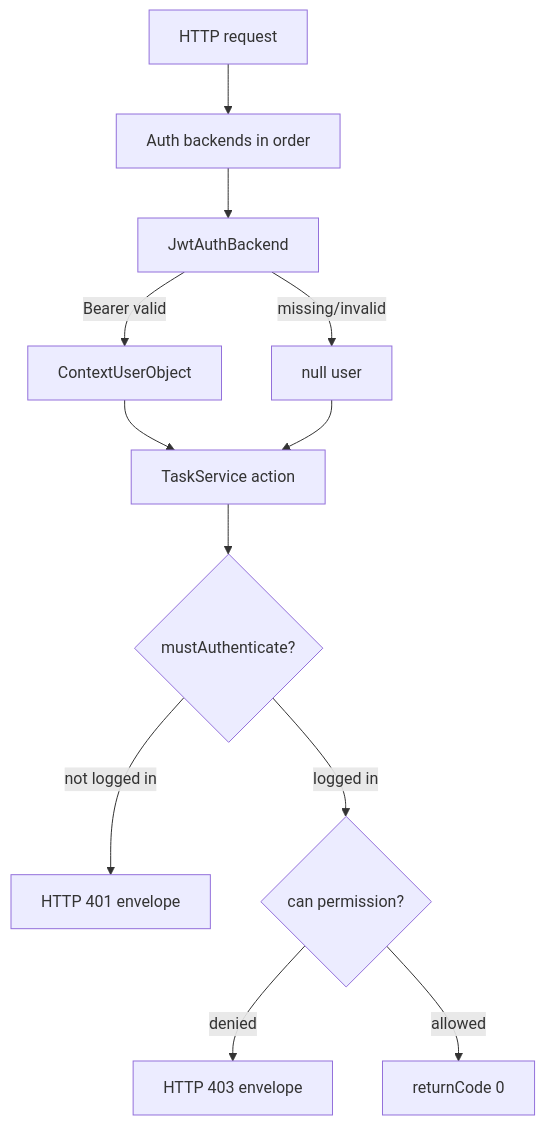
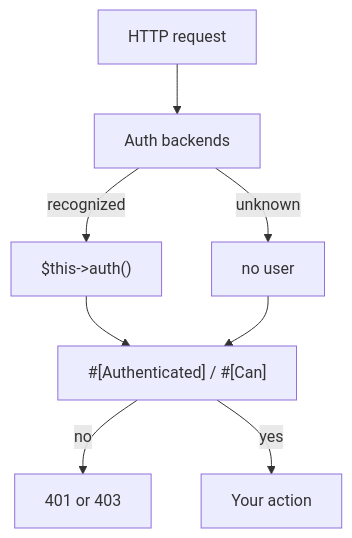
Before and after one commit to PioniaPHP-project/pionia-docs: the diagram in content/docs/documentation/security/800_security.md, drawn with Mermaid. The commit also changed other lines of this file and 268 other files, not shown here.

```diff
--- a/content/docs/documentation/security/800_security.md
+++ b/content/docs/documentation/security/800_security.md
@@ -41,14 +42,10 @@
 {{< mermaid >}}
 flowchart TD
-  Req[HTTP request] --> Backends["Auth backends in order"]
-  Backends --> JWT[JwtAuthBackend]
-  JWT -->|Bearer valid| Ctx[ContextUserObject]
-  JWT -->|missing/invalid| Null[null user]
-  Ctx --> Action[TaskService action]
-  Null --> Action
-  Action --> Must{mustAuthenticate?}
-  Must -->|not logged in| E401[HTTP 401 envelope]
-  Must -->|logged in| Can{can permission?}
-  Can -->|denied| E403[HTTP 403 envelope]
-  Can -->|allowed| OK[returnCode 0]
+  Req[HTTP request] --> Backends[Auth backends]
+  Backends -->|recognized| User["$this->auth()"]
+  Backends -->|unknown| Empty[no user]
+  User --> Attr["#[Authenticated] / #[Can]"]
+  Empty --> Attr
+  Attr -->|no| Stop[401 or 403]
+  Attr -->|yes| Action[Your action]
 {{< /mermaid >}}
```
